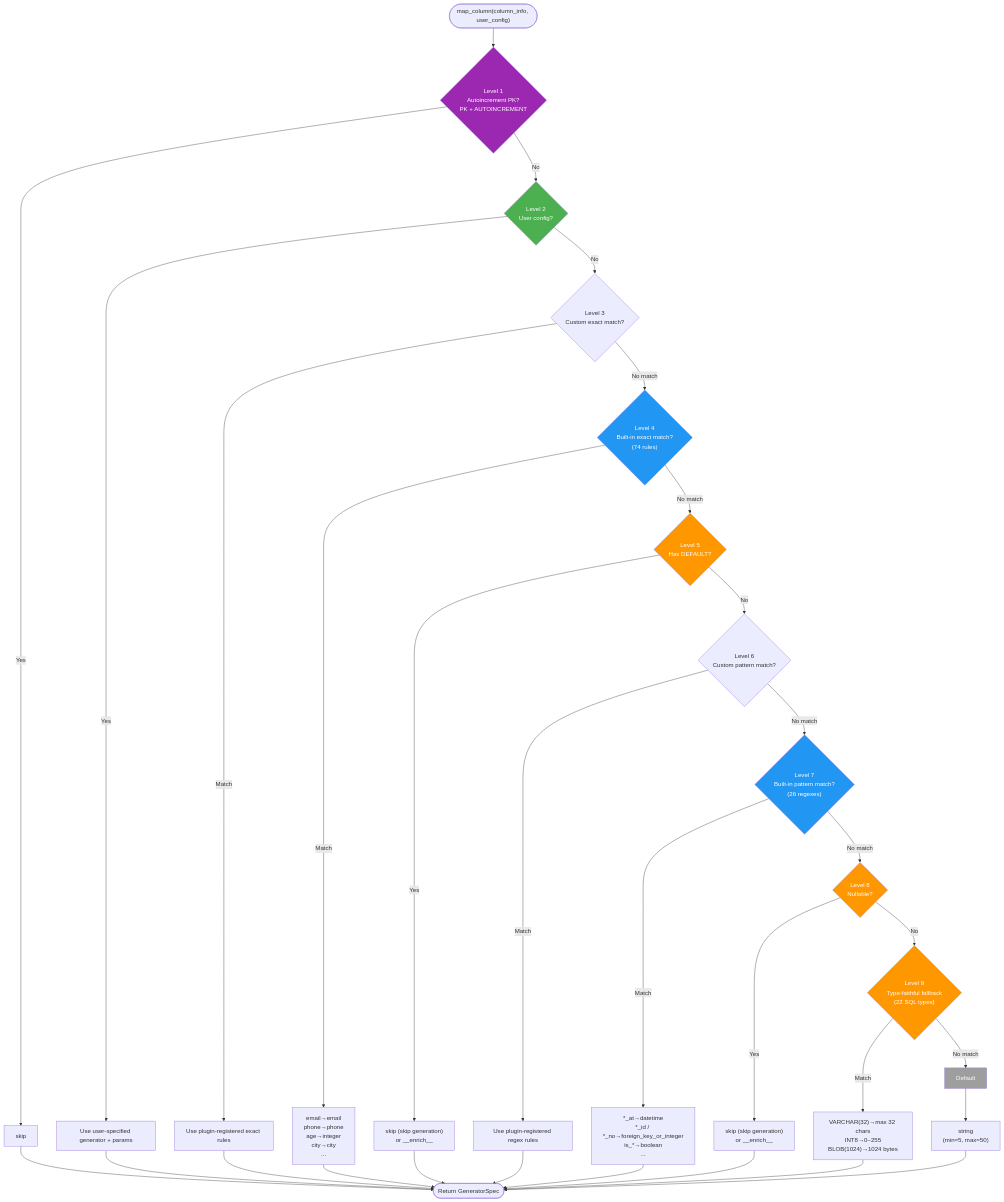
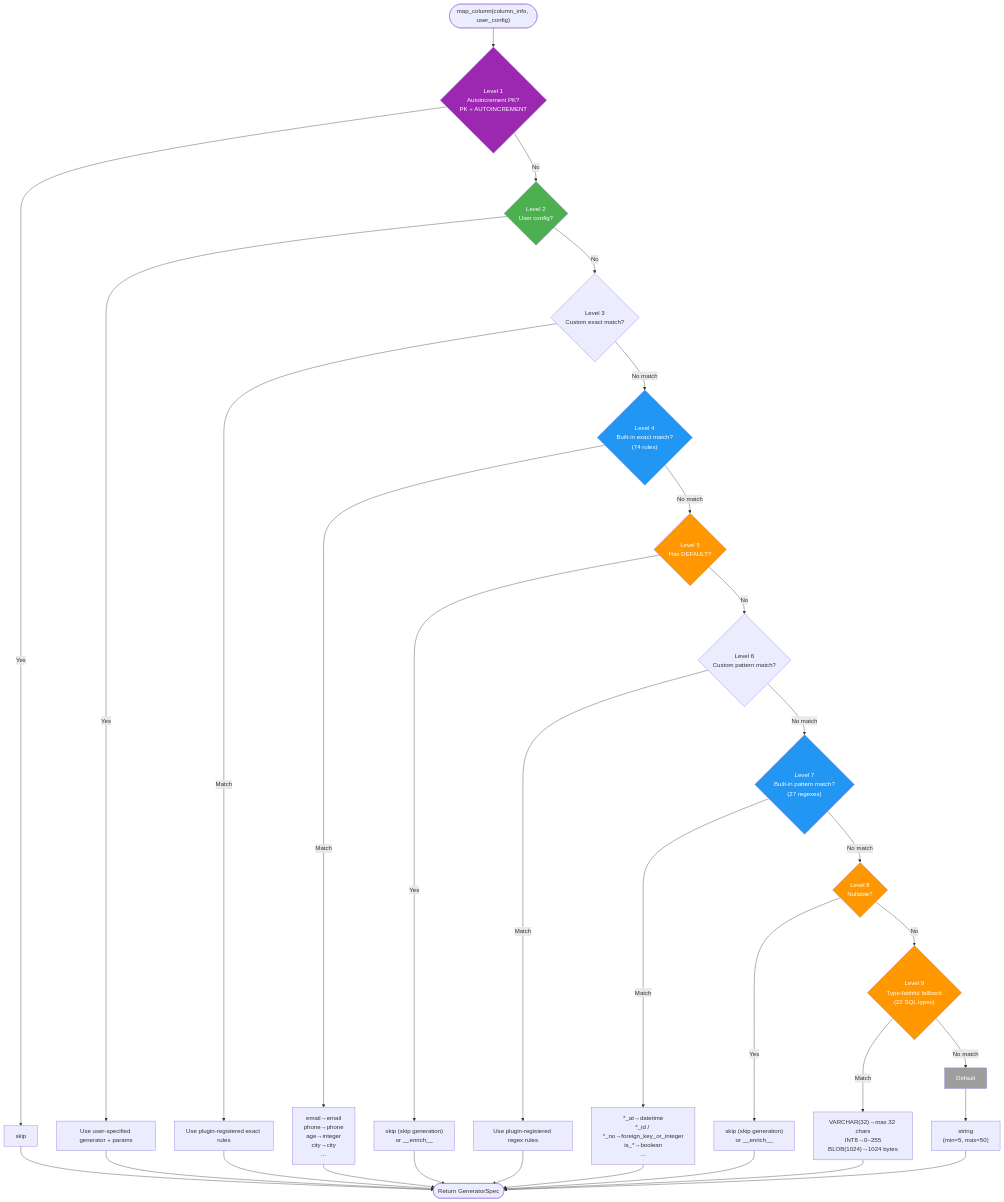
One commit to sunbos/sqlseed changed the third of 11 diagrams in docs/architecture.md. Above: the diagram before and after it, drawn with Mermaid. The commit also changed other lines of this file and 6 other files, not shown here.

First line of the commit message:
feat: doc sync system with AUTO-GENERATED markers

````diff
--- a/docs/architecture.md
+++ b/docs/architecture.md
@@ -197,53 +197,53 @@
 ```mermaid
 flowchart TD
     Start(["map_column(column_info, user_config)"]) --> L1
 
     L1{"Level 1<br/>Autoincrement PK?<br/>PK + AUTOINCREMENT"} -->|Yes| R1["skip"]
     L1 -->|No| L2
 
     L2{"Level 2<br/>User config?"} -->|Yes| R2["Use user-specified generator + params"]
     L2 -->|No| L3
 
     L3{"Level 3<br/>Custom exact match?"} -->|Match| R3["Use plugin-registered exact rules"]
     L3 -->|No match| L4
 
-    L4{"Level 4<br/>Built-in exact match?<br/>(74 rules)"} -->|Match| R4["email→email<br/>phone→phone<br/>age→integer<br/>city→city<br/>..."]
+    L4{"Level 4<br/>Built-in exact match?<br/>(<!-- BEGIN:AUTO-GENERATED:exact-match-rule-count -->74<!-- END:AUTO-GENERATED:exact-match-rule-count --> rules)"} -->|Match| R4["email→email<br/>phone→phone<br/>age→integer<br/>city→city<br/>..."]
     L4 -->|No match| L5
 
     L5{"Level 5<br/>Has DEFAULT?"} -->|Yes| R5["skip (skip generation)<br/>or __enrich__"]
     L5 -->|No| L6
 
     L6{"Level 6<br/>Custom pattern match?"} -->|Match| R6["Use plugin-registered regex rules"]
     L6 -->|No match| L7
 
-    L7{"Level 7<br/>Built-in pattern match?<br/>(26 regexes)"} -->|Match| R7["*_at→datetime<br/>*_id / *_no→foreign_key_or_integer<br/>is_*→boolean<br/>..."]
+    L7{"Level 7<br/>Built-in pattern match?<br/>(<!-- BEGIN:AUTO-GENERATED:pattern-match-rule-count -->27<!-- END:AUTO-GENERATED:pattern-match-rule-count --> regexes)"} -->|Match| R7["*_at→datetime<br/>*_id / *_no→foreign_key_or_integer<br/>is_*→boolean<br/>..."]
     L7 -->|No match| L8
 
     L8{"Level 8<br/>Nullable?"} -->|Yes| R8["skip (skip generation)<br/>or __enrich__"]
     L8 -->|No| L9
 
     L9{"Level 9<br/>Type-faithful fallback<br/>(22 SQL types)"} -->|Match| R9["VARCHAR(32)→max 32 chars<br/>INT8→0~255<br/>BLOB(1024)→1024 bytes"]
     L9 -->|No match| L10
 
     L10["Default"] --> R10["string<br/>(min=5, max=50)"]
 
     R1 --> Done(["Return GeneratorSpec"])
     R2 --> Done
     R3 --> Done
     R4 --> Done
     R5 --> Done
     R6 --> Done
     R7 --> Done
     R8 --> Done
     R9 --> Done
     R10 --> Done
 
     style L1 fill:#9C27B0,color:#fff
     style L2 fill:#4CAF50,color:#fff
     style L4 fill:#2196F3,color:#fff
     style L5 fill:#FF9800,color:#fff
     style L7 fill:#2196F3,color:#fff
     style L8 fill:#FF9800,color:#fff
     style L9 fill:#FF9800,color:#fff
     style L10 fill:#9E9E9E,color:#fff
 ```
````
